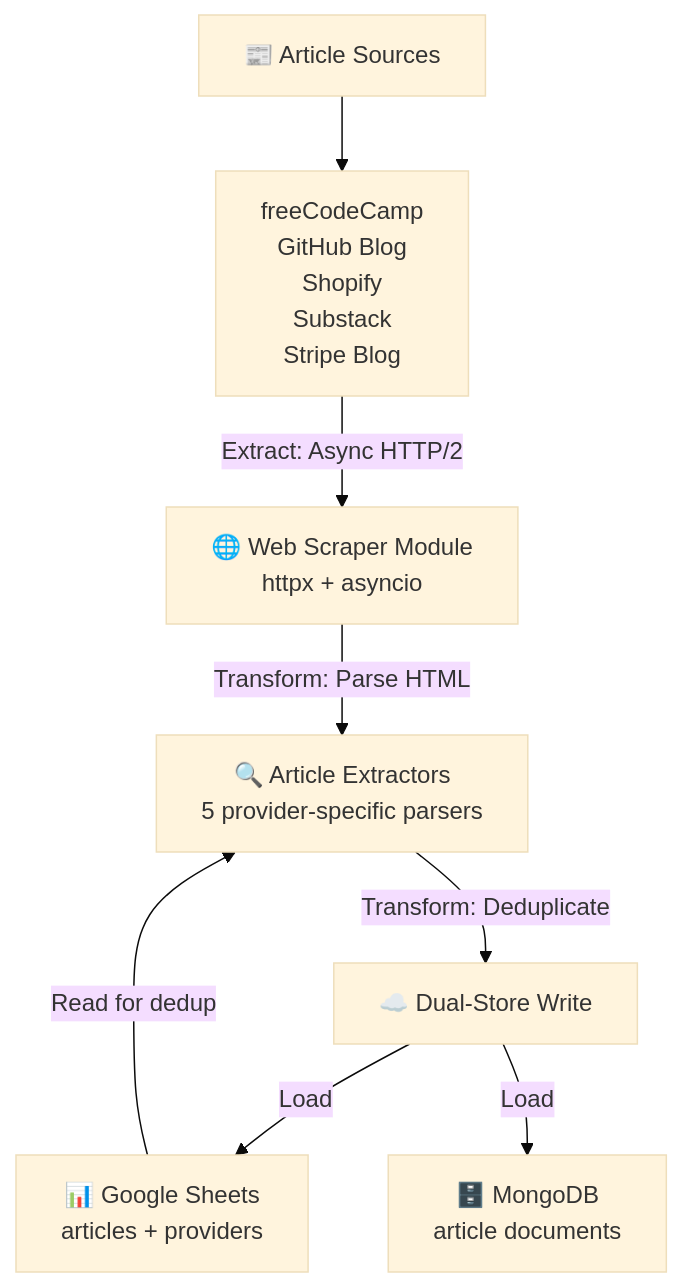
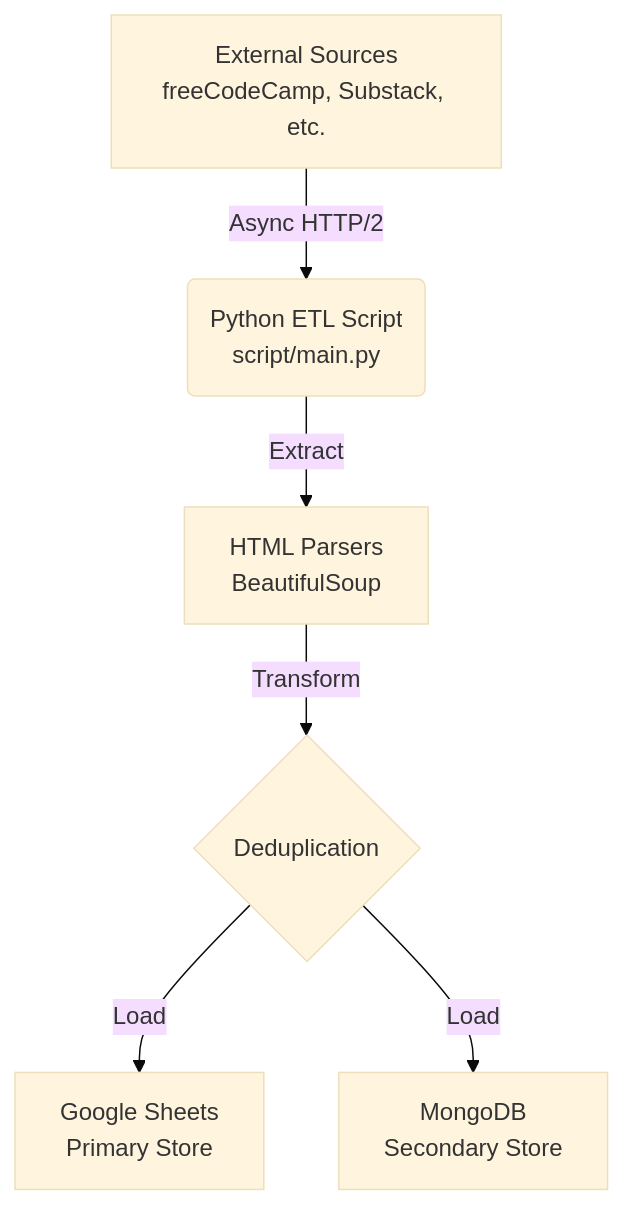
The first of 2 diagrams in docs/extraction_architecture.md (victoriacheng15/personal-reading-analytics-dashboard), drawn with Mermaid (base theme) before and after one commit. The commit also changed other lines of this file and 5 other files, not shown here.

````diff
--- a/docs/extraction_architecture.md
+++ b/docs/extraction_architecture.md
@@ -11,10 +7,8 @@
 ```mermaid
 graph TD
-    A["📰 Article Sources"] --> B["freeCodeCamp<br/>GitHub Blog<br/>Shopify<br/>Substack<br/>Stripe Blog"]
-    B -->|Extract: Async HTTP/2| C["🌐 Web Scraper Module<br/>httpx + asyncio"]
-    C -->|Transform: Parse HTML| D["🔍 Article Extractors<br/>5 provider-specific parsers"]
-    D -->|Transform: Deduplicate| E["☁️ Dual-Store Write"]
-    E -->|Load| F["📊 Google Sheets<br/>articles + providers"]
-    E -->|Load| G["🗄️ MongoDB<br/>article documents"]
-    F -->|Read for dedup| D
+    Sources[External Sources<br/>freeCodeCamp, Substack, etc.] -->|Async HTTP/2| Scraper(Python ETL Script<br/>script/main.py)
+    Scraper -->|Extract| Parsers[HTML Parsers<br/>BeautifulSoup]
+    Parsers -->|Transform| Deduper{Deduplication}
+    Deduper -->|Load| Sheets[Google Sheets<br/>Primary Store]
+    Deduper -->|Load| Mongo[MongoDB<br/>Secondary Store]
 ```
````
